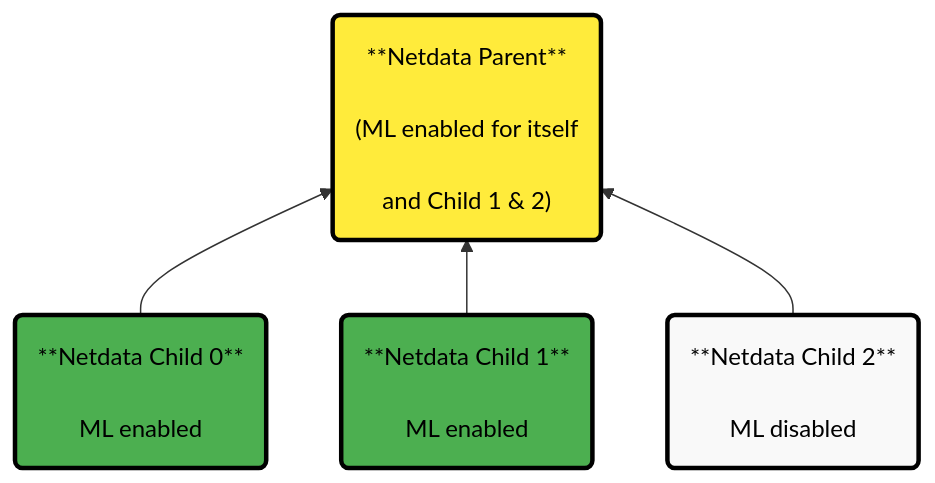
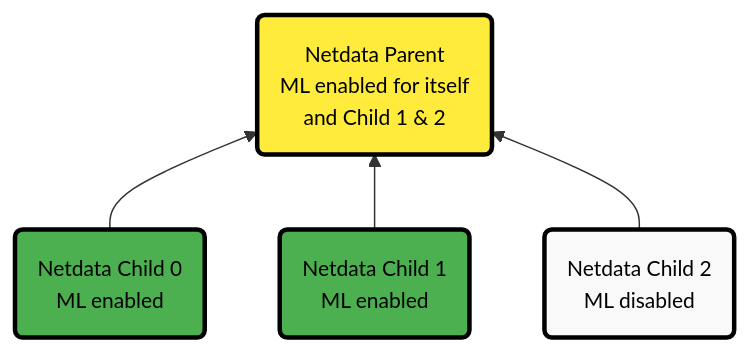
Before and after one commit to netdata/netdata: the third of 3 diagrams in src/ml/ml-configuration.md, drawn with Mermaid. The commit also changed other lines of this file and 21 other files, not shown here.

Commit message:
Fix Mermaid diagrams across multiple files

````diff
--- a/src/ml/ml-configuration.md
+++ b/src/ml/ml-configuration.md
@@ -186,21 +144,22 @@
 ```mermaid
 flowchart BT
-    C1("**Netdata Child 0**<br/><br/>ML enabled")
-    C2("**Netdata Child 1**<br/><br/>ML enabled")
-    C3("**Netdata Child 2**<br/><br/>ML disabled")
-    P1("**Netdata Parent**<br/><br/>(ML enabled for itself<br/><br/>and Child 1 & 2)")
+    C1("Netdata Child 0<br/>ML enabled")
+    C2("Netdata Child 1<br/>ML enabled")
+    C3("Netdata Child 2<br/>ML disabled")
+    P1("Netdata Parent<br/>ML enabled for itself<br/>and Child 1 & 2")
     
     C1 --> P1
     C2 --> P1
     C3 --> P1
     
     %% Style definitions
-    classDef neutral fill:#f9f9f9,stroke:#000000,stroke-width:3px,color:#000000,font-size:16px
-    classDef process fill:#ffeb3b,stroke:#000000,stroke-width:3px,color:#000000,font-size:16px
-    classDef complete fill:#4caf50,stroke:#000000,stroke-width:3px,color:#000000,font-size:16px
-    
+    classDef alert fill:#ffeb3b,stroke:#000000,stroke-width:3px,color:#000000,font-size:14px
+    classDef neutral fill:#f9f9f9,stroke:#000000,stroke-width:3px,color:#000000,font-size:14px
+    classDef complete fill:#4caf50,stroke:#000000,stroke-width:3px,color:#000000,font-size:14px
+    classDef database fill:#2196F3,stroke:#000000,stroke-width:3px,color:#000000,font-size:14px
+
     %% Apply styles
     class C1,C2 complete
     class C3 neutral
-    class P1 process
+    class P1 alert
 ```
````
